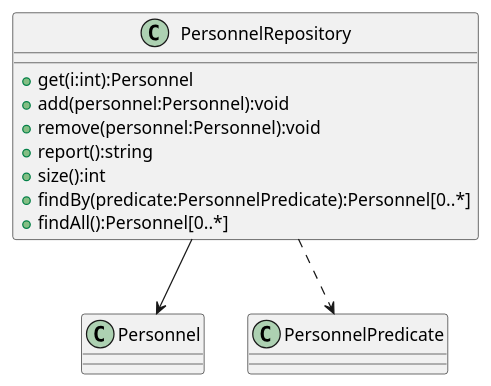
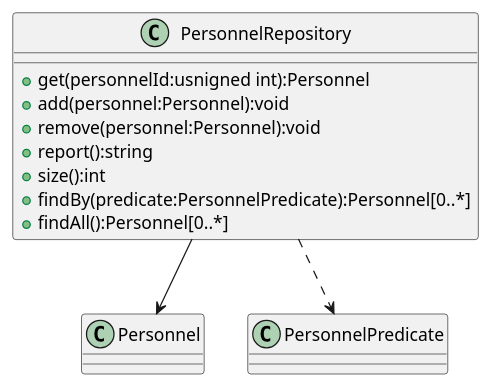
The diagram in uml/repositories/personnelRepository.puml (Azex784/MedicalClinic), drawn with PlantUML before and after one commit. The commit also changed 20 other files, not shown here.

Commit message:
Refaktoryzacja diagramu, by bardziej odzwierciedlała centrum rehabilitacji

```diff
--- a/uml/repositories/personnelRepository.puml
+++ b/uml/repositories/personnelRepository.puml
@@ -1,16 +1,16 @@
 @startuml
 
 class PersonnelRepository{
-+get(i:int):Personnel
++get(personnelId:usnigned int):Personnel
 +add(personnel:Personnel):void
 +remove(personnel:Personnel):void
 +report():string
 +size():int
 +findBy(predicate:PersonnelPredicate):Personnel[0..*]
 +findAll():Personnel[0..*]
 }
 
 PersonnelRepository --> Personnel
 PersonnelRepository ..> PersonnelPredicate
 
 @enduml
```
